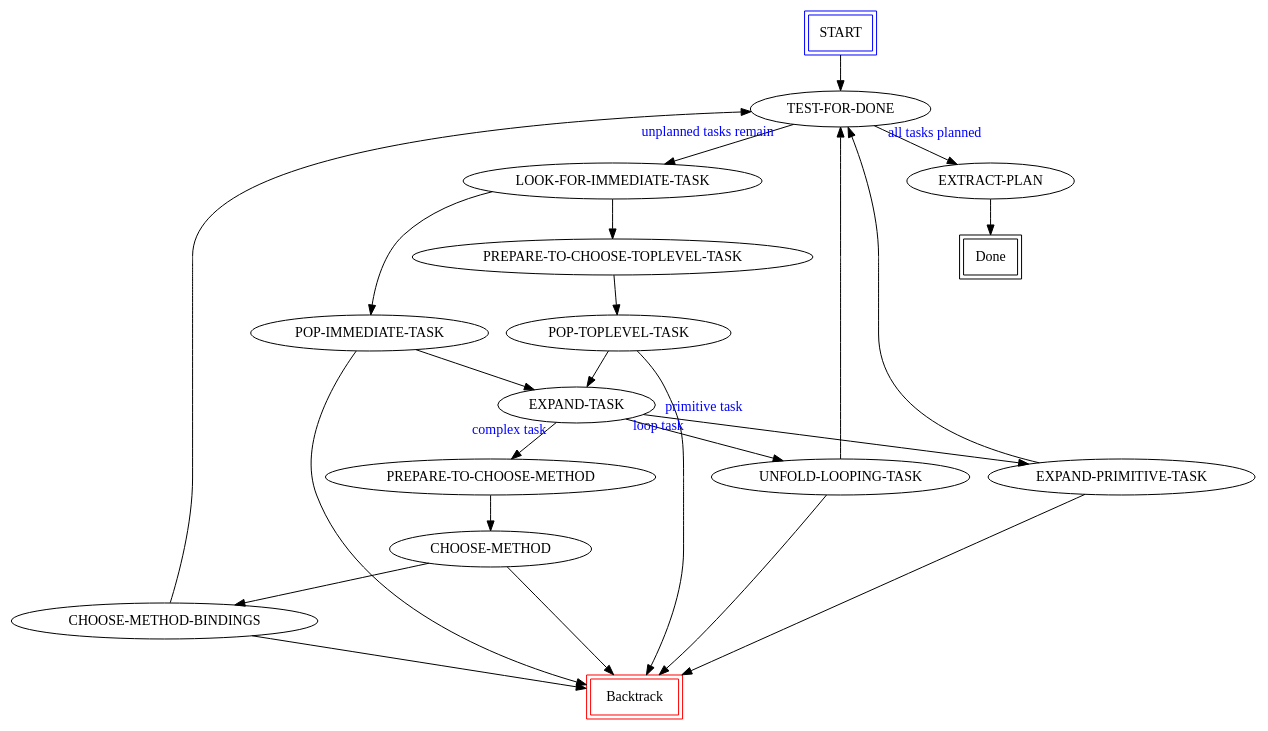
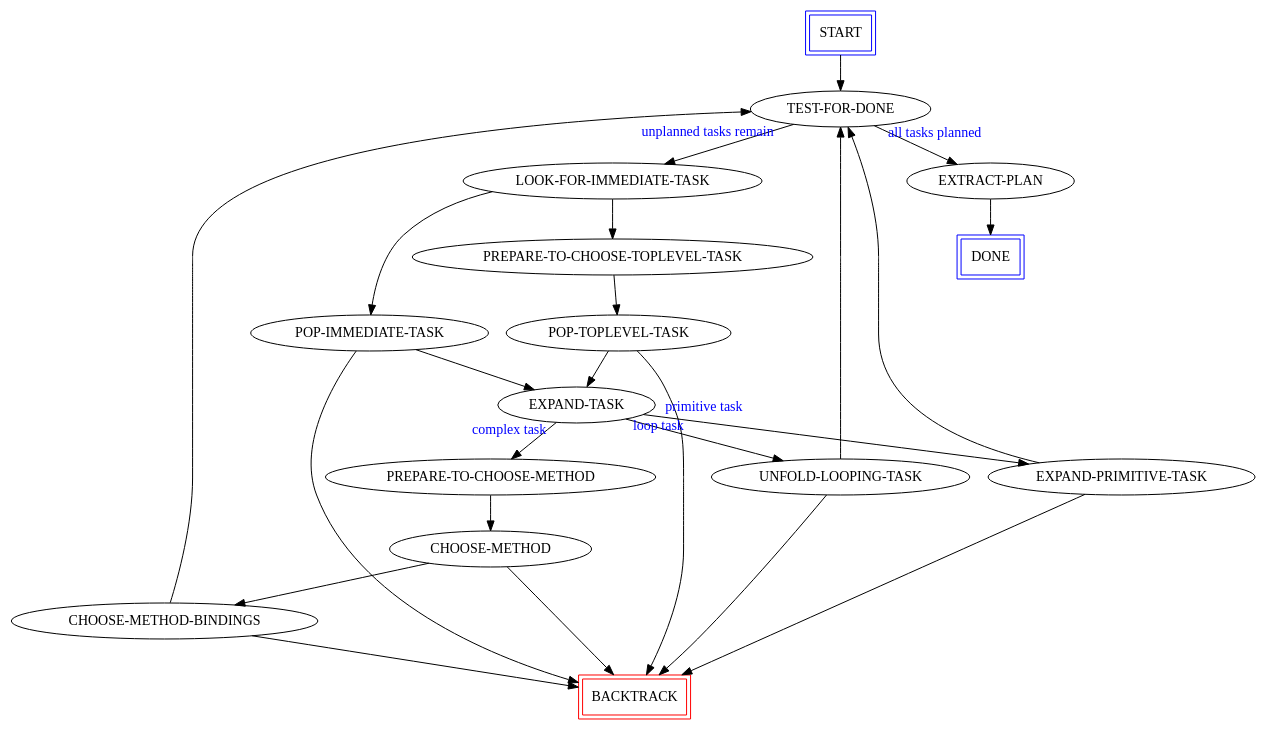
Before and after one commit to shop-planner/shop3: the diagram in shop2/explicit-stack-search/stack-machine.dot, drawn with Graphviz.

Commit message:
Minor tweaks.

```diff
--- a/shop2/explicit-stack-search/stack-machine.dot
+++ b/shop2/explicit-stack-search/stack-machine.dot
@@ -1,61 +1,66 @@
 digraph shop2_stack_machine {
-        "START" [color="blue",shape="rectangle",peripheries=2];
+        "START" [fontname="bold",color="blue",shape="rectangle",peripheries=2];
         "TEST-FOR-DONE";
         "LOOK-FOR-IMMEDIATE-TASK";
         "POP-IMMEDIATE-TASK";
         "PREPARE-TO-CHOOSE-TOPLEVEL-TASK";
         "POP-TOPLEVEL-TASK";
         "EXPAND-TASK";
         "UNFOLD-LOOPING-TASK";
         "EXPAND-PRIMITIVE-TASK";
         "PREPARE-TO-CHOOSE-METHOD";
         "CHOOSE-METHOD";
         "CHOOSE-METHOD-BINDINGS";
         "EXTRACT-PLAN";
-        "Backtrack" [color=red,shape="rectangle",peripheries=2];
-        "Done" [shape="rectangle",peripheries=2];
+        {
+                node[fontname="bold"];
+                
+                "BACKTRACK" [color=red,shape="rectangle",peripheries=2];
+                "DONE" [color="blue",shape="rectangle",peripheries=2];
+        }
+        
         
         subgraph {
                 edge [labelfontcolor="blue"];
 
                 "START" -> "TEST-FOR-DONE";
                 
                 "LOOK-FOR-IMMEDIATE-TASK" -> "POP-IMMEDIATE-TASK";
                 "LOOK-FOR-IMMEDIATE-TASK" -> "PREPARE-TO-CHOOSE-TOPLEVEL-TASK";
                 "POP-IMMEDIATE-TASK" -> "EXPAND-TASK";
-                "POP-IMMEDIATE-TASK" -> "Backtrack";
+                "POP-IMMEDIATE-TASK" -> "BACKTRACK";
                 "PREPARE-TO-CHOOSE-TOPLEVEL-TASK" -> "POP-TOPLEVEL-TASK";
                 "POP-TOPLEVEL-TASK" -> "EXPAND-TASK";
-                "POP-TOPLEVEL-TASK" -> "Backtrack";
+                "POP-TOPLEVEL-TASK" -> "BACKTRACK";
                 {
                         edge [labelfontcolor="blue"];
                         
                         "EXPAND-TASK" -> "EXPAND-PRIMITIVE-TASK" [taillabel="   primitive task"];
                         "EXPAND-TASK" -> "UNFOLD-LOOPING-TASK" [taillabel="loop task",xlp="-20"];
                         "EXPAND-TASK" -> "PREPARE-TO-CHOOSE-METHOD" [taillabel="complex task"];
 
                         "TEST-FOR-DONE" -> "EXTRACT-PLAN" [taillabel="all tasks planned"];
                         "TEST-FOR-DONE" -> "LOOK-FOR-IMMEDIATE-TASK" [taillabel="unplanned tasks remain"];
                 }
         
                 "UNFOLD-LOOPING-TASK" -> "TEST-FOR-DONE";
-                "UNFOLD-LOOPING-TASK" -> "Backtrack";
+                "UNFOLD-LOOPING-TASK" -> "BACKTRACK";
                 "EXPAND-PRIMITIVE-TASK" -> "TEST-FOR-DONE";
-                "EXPAND-PRIMITIVE-TASK" -> "Backtrack";
+                "EXPAND-PRIMITIVE-TASK" -> "BACKTRACK";
                 "PREPARE-TO-CHOOSE-METHOD" -> "CHOOSE-METHOD";
                 "CHOOSE-METHOD" -> "CHOOSE-METHOD-BINDINGS";
-                "CHOOSE-METHOD" -> "Backtrack";
+                "CHOOSE-METHOD" -> "BACKTRACK";
                 "CHOOSE-METHOD-BINDINGS" -> "TEST-FOR-DONE";
-                "CHOOSE-METHOD-BINDINGS" -> "Backtrack";
-                "EXTRACT-PLAN" -> "Done";
+                "CHOOSE-METHOD-BINDINGS" -> "BACKTRACK";
+                "EXTRACT-PLAN" -> "DONE";
                 
         }
 
         
         
         
         
 
         
         
 }
```
